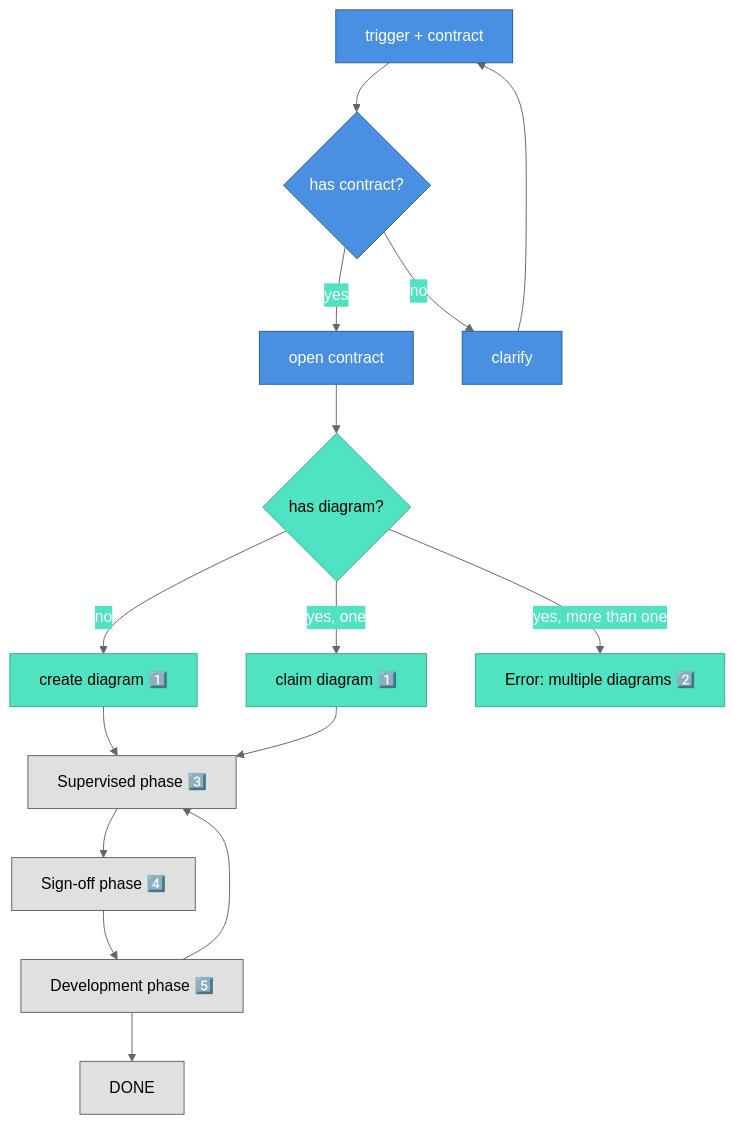
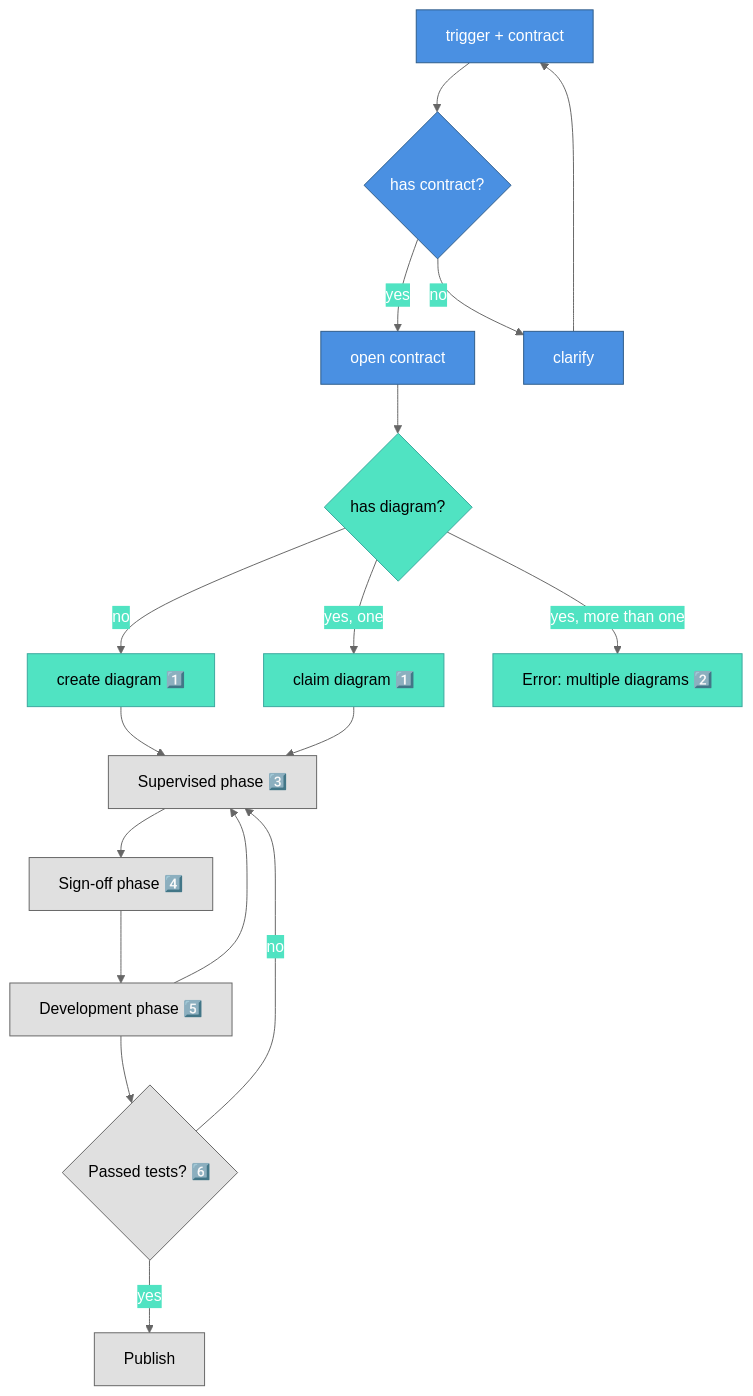
The diagram in contract-diagram/SKILL.md (nonlinear/skills), drawn with Mermaid before and after one commit. The commit also changed other lines of this file, not shown here.

Commit message:
Change DONE to decision node: Passed tests? (yes=PUBLISH, no=SUPERVISED)

````diff
--- a/contract-diagram/SKILL.md
+++ b/contract-diagram/SKILL.md
@@ -14,42 +14,45 @@
 ```mermaid
 %%{init: {'theme':'base','themeVariables':{'primaryColor':'#4A90E2','primaryTextColor':'#fff','primaryBorderColor':'#2E5C8A','lineColor':'#666','secondaryColor':'#50E3C2','tertiaryColor':'#FFD700'}}}%%
 flowchart TD
     TRIGGER["trigger + contract"]
     CHECK_CONTRACT{"has contract?"}
     OPEN["open contract"]
     CLARIFY["clarify"]
     CHECK_DIAGRAM{"has diagram?"}
     CREATE["create diagram 1️⃣"]
     CLAIM["claim diagram 1️⃣"]
     ERROR["Error: multiple diagrams 2️⃣"]
     
     SUPERVISED["Supervised phase 3️⃣"]
     SIGNOFF["Sign-off phase 4️⃣"]
     DEVELOPMENT["Development phase 5️⃣"]
-    DONE["DONE"]
+    TESTS{"Passed tests? 6️⃣"}
+    PUBLISH["Publish"]
     
     TRIGGER --> CHECK_CONTRACT
     CHECK_CONTRACT -->|yes| OPEN
     CHECK_CONTRACT -->|no| CLARIFY
     CLARIFY --> TRIGGER
     
     OPEN --> CHECK_DIAGRAM
     CHECK_DIAGRAM -->|no| CREATE
     CHECK_DIAGRAM -->|yes, one| CLAIM
     CHECK_DIAGRAM -->|yes, more than one| ERROR
     
     CREATE --> SUPERVISED
     CLAIM --> SUPERVISED
     SUPERVISED --> SIGNOFF
     SIGNOFF --> DEVELOPMENT
     DEVELOPMENT --> SUPERVISED
-    DEVELOPMENT --> DONE
+    DEVELOPMENT --> TESTS
+    TESTS -->|yes| PUBLISH
+    TESTS -->|no| SUPERVISED
     
     classDef default fill:#e0e0e0,stroke:#666,color:#000
     classDef approved fill:#4A90E2,stroke:#2E5C8A,color:#fff
     classDef developed fill:#50E3C2,stroke:#3aa89e,color:#000
     
     class TRIGGER,CHECK_CONTRACT,OPEN,CLARIFY approved
     class CHECK_DIAGRAM,CREATE,CLAIM,ERROR developed
-    class SUPERVISED,SIGNOFF,DEVELOPMENT,DONE default
+    class SUPERVISED,SIGNOFF,DEVELOPMENT,TESTS,PUBLISH default
 ```
````
